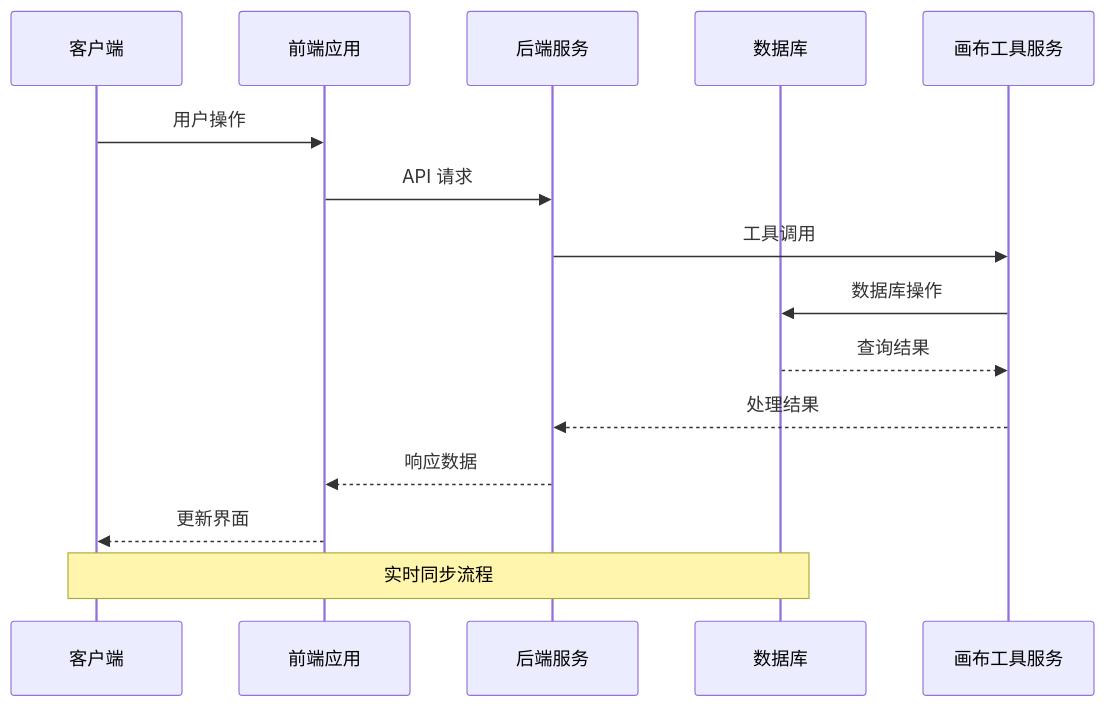
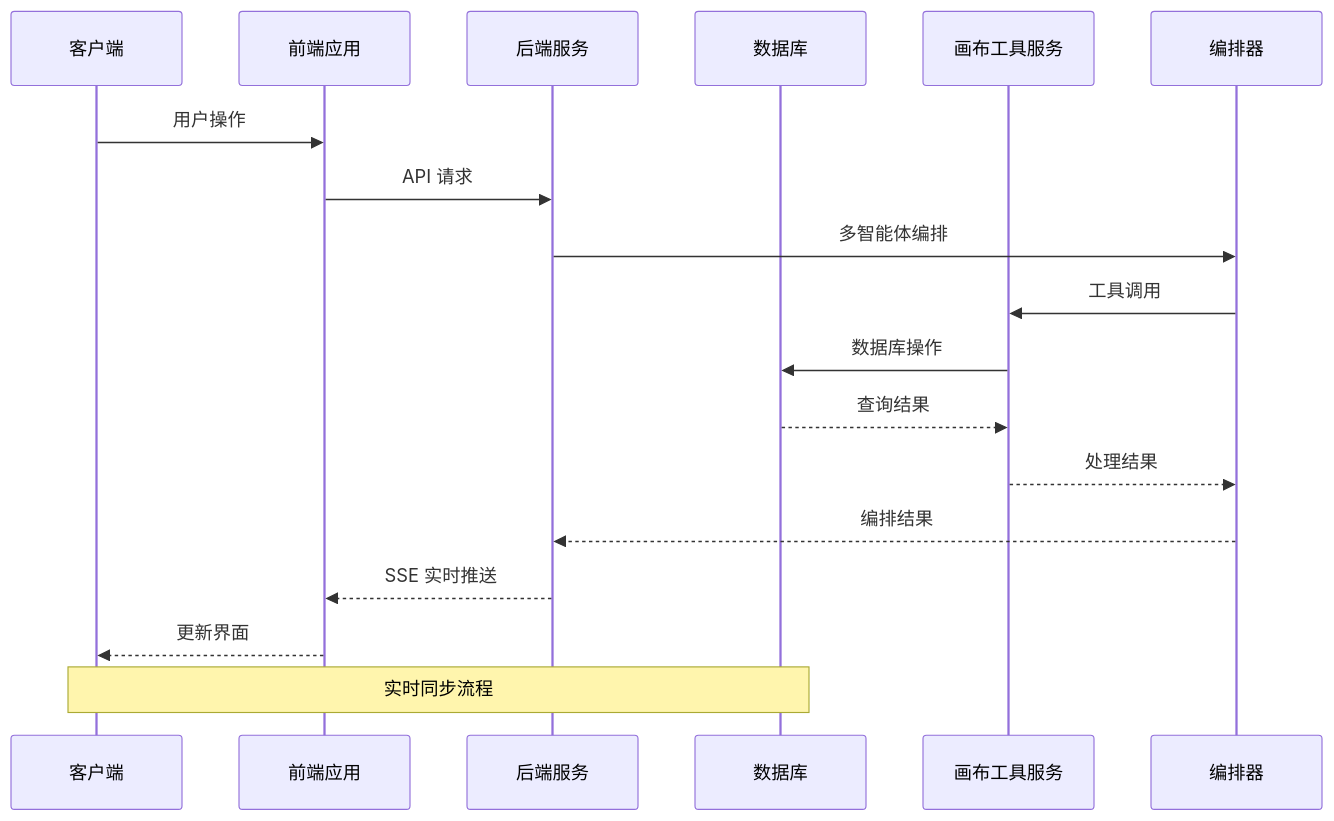
Before and after one commit to KunLabAI/KunFlix: the second of 7 diagrams in .qoder/repowiki/zh/content/后端开发指南/画布工具服务.md, drawn with Mermaid. The commit also changed other lines of this file and 12 other files, not shown here.

````diff
--- a/.qoder/repowiki/zh/content/后端开发指南/画布工具服务.md
+++ b/.qoder/repowiki/zh/content/后端开发指南/画布工具服务.md
@@ -114,17 +156,20 @@
 ```mermaid
 sequenceDiagram
 participant Client as 客户端
 participant Frontend as 前端应用
 participant Backend as 后端服务
 participant Database as 数据库
 participant Tools as 画布工具服务
+participant Orchestrator as 编排器
 Client->>Frontend : 用户操作
 Frontend->>Backend : API 请求
-Backend->>Tools : 工具调用
+Backend->>Orchestrator : 多智能体编排
+Orchestrator->>Tools : 工具调用
 Tools->>Database : 数据库操作
 Database-->>Tools : 查询结果
-Tools-->>Backend : 处理结果
-Backend-->>Frontend : 响应数据
+Tools-->>Orchestrator : 处理结果
+Orchestrator-->>Backend : 编排结果
+Backend-->>Frontend : SSE 实时推送
 Frontend-->>Client : 更新界面
 Note over Client,Database : 实时同步流程
 ```
````
